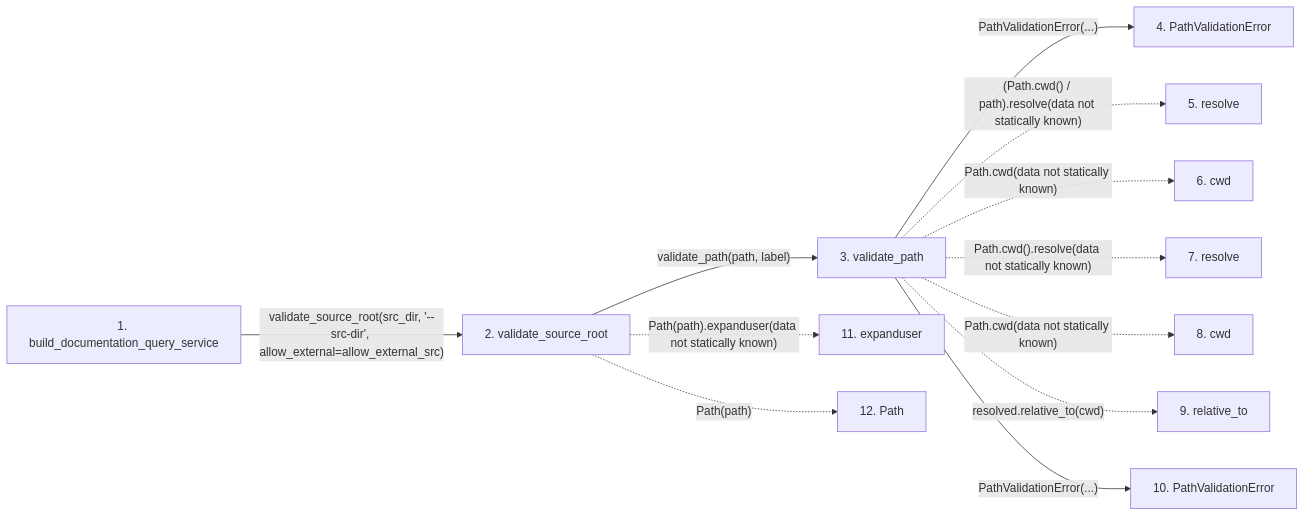
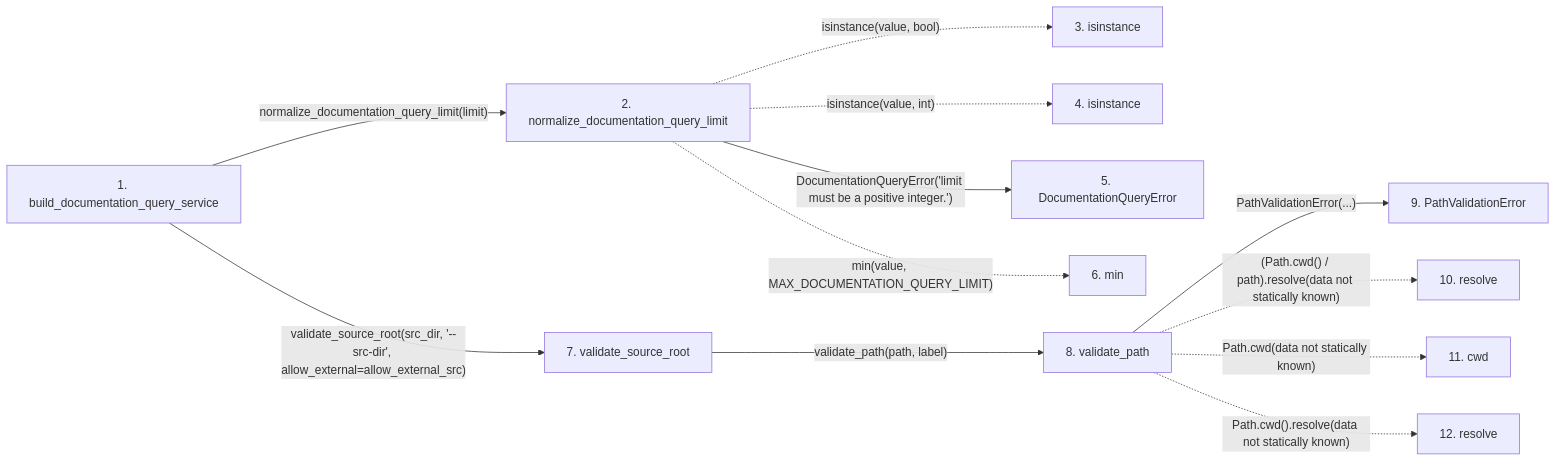
The second of 2 diagrams in docs/llm_wiki/flows/api-build_documentation_query_service.md (Denissvgn/python-wiki-llm), drawn with Mermaid before and after one commit. The commit also changed other lines of this file and 364 other files, not shown here.

````diff
--- a/docs/llm_wiki/flows/api-build_documentation_query_service.md
+++ b/docs/llm_wiki/flows/api-build_documentation_query_service.md
@@ -85,31 +85,32 @@
 ```mermaid
 flowchart LR
     s1["1. build_documentation_query_service"]
-    s2["2. validate_source_root"]
-    s3["3. validate_path"]
-    s4["4. PathValidationError"]
-    s5["5. resolve"]
-    s6["6. cwd"]
-    s7["7. resolve"]
-    s8["8. cwd"]
-    s9["9. relative_to"]
-    s10["10. PathValidationError"]
-    s11["11. expanduser"]
-    s12["12. Path"]
-    s1 -->|"validate_source_root(src_dir, '--src-dir', allow_external=allow_external_src)"| s2
-    s2 -->|"validate_path(path, label)"| s3
-    s3 -->|"PathValidationError(...)"| s4
-    s3 -. "(Path.cwd() / path).resolve(data not statically known)" .-> s5
-    s3 -. "Path.cwd(data not statically known)" .-> s6
-    s3 -. "Path.cwd().resolve(data not statically known)" .-> s7
-    s3 -. "Path.cwd(data not statically known)" .-> s8
-    s3 -. "resolved.relative_to(cwd)" .-> s9
-    s3 -->|"PathValidationError(...)"| s10
-    s2 -. "Path(path).expanduser(data not statically known)" .-> s11
-    s2 -. "Path(path)" .-> s12
+    s2["2. normalize_documentation_query_limit"]
+    s3["3. isinstance"]
+    s4["4. isinstance"]
+    s5["5. DocumentationQueryError"]
+    s6["6. min"]
+    s7["7. validate_source_root"]
+    s8["8. validate_path"]
+    s9["9. PathValidationError"]
+    s10["10. resolve"]
+    s11["11. cwd"]
+    s12["12. resolve"]
+    s1 -->|"normalize_documentation_query_limit(limit)"| s2
+    s2 -. "isinstance(value, bool)" .-> s3
+    s2 -. "isinstance(value, int)" .-> s4
+    s2 -->|"DocumentationQueryError('limit must be a positive integer.')"| s5
+    s2 -. "min(value, MAX_DOCUMENTATION_QUERY_LIMIT)" .-> s6
+    s1 -->|"validate_source_root(src_dir, '--src-dir', allow_external=allow_external_src)"| s7
+    s7 -->|"validate_path(path, label)"| s8
+    s8 -->|"PathValidationError(...)"| s9
+    s8 -. "(Path.cwd() / path).resolve(data not statically known)" .-> s10
+    s8 -. "Path.cwd(data not statically known)" .-> s11
+    s8 -. "Path.cwd().resolve(data not statically known)" .-> s12
     click s1 "../modules/api.md"
-    click s2 "../modules/config.md"
-    click s3 "../modules/config.md"
-    click s4 "../modules/config.md"
-    click s10 "../modules/config.md"
+    click s2 "../modules/documentation_query_builder.md"
+    click s5 "../modules/documentation_queries.md"
+    click s7 "../modules/config.md"
+    click s8 "../modules/config.md"
+    click s9 "../modules/config.md"
 ```
````
